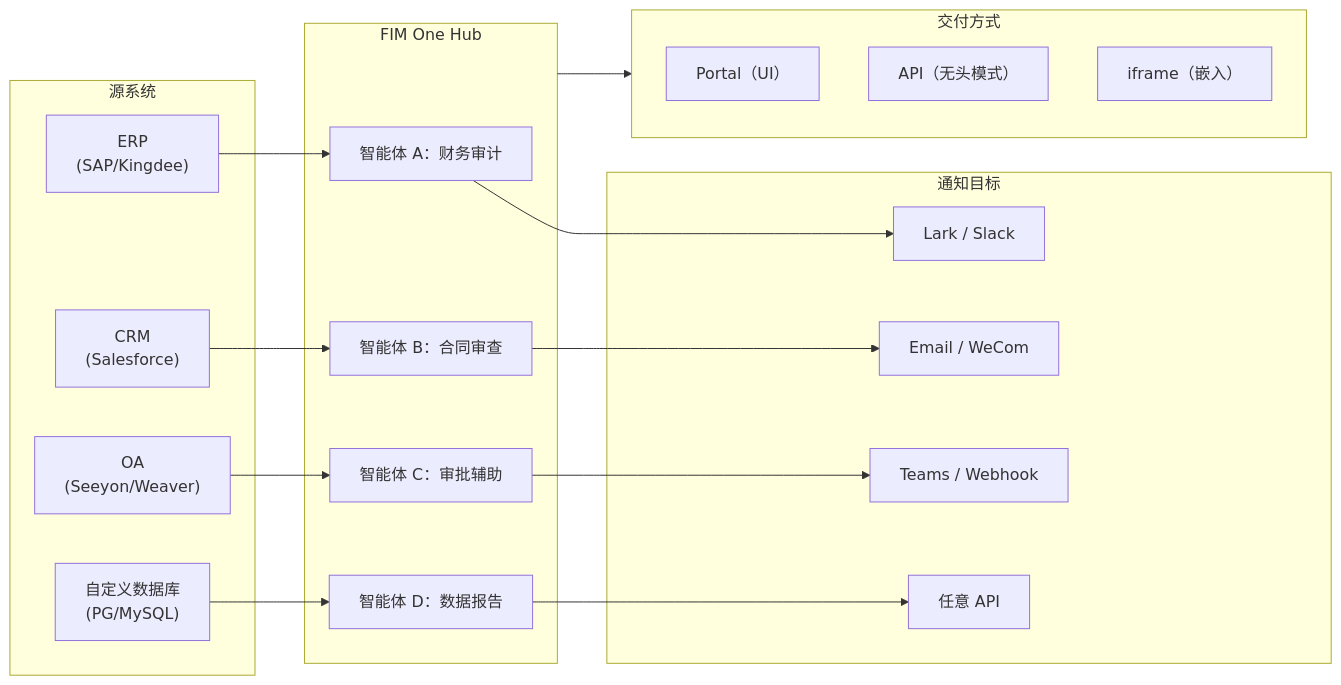
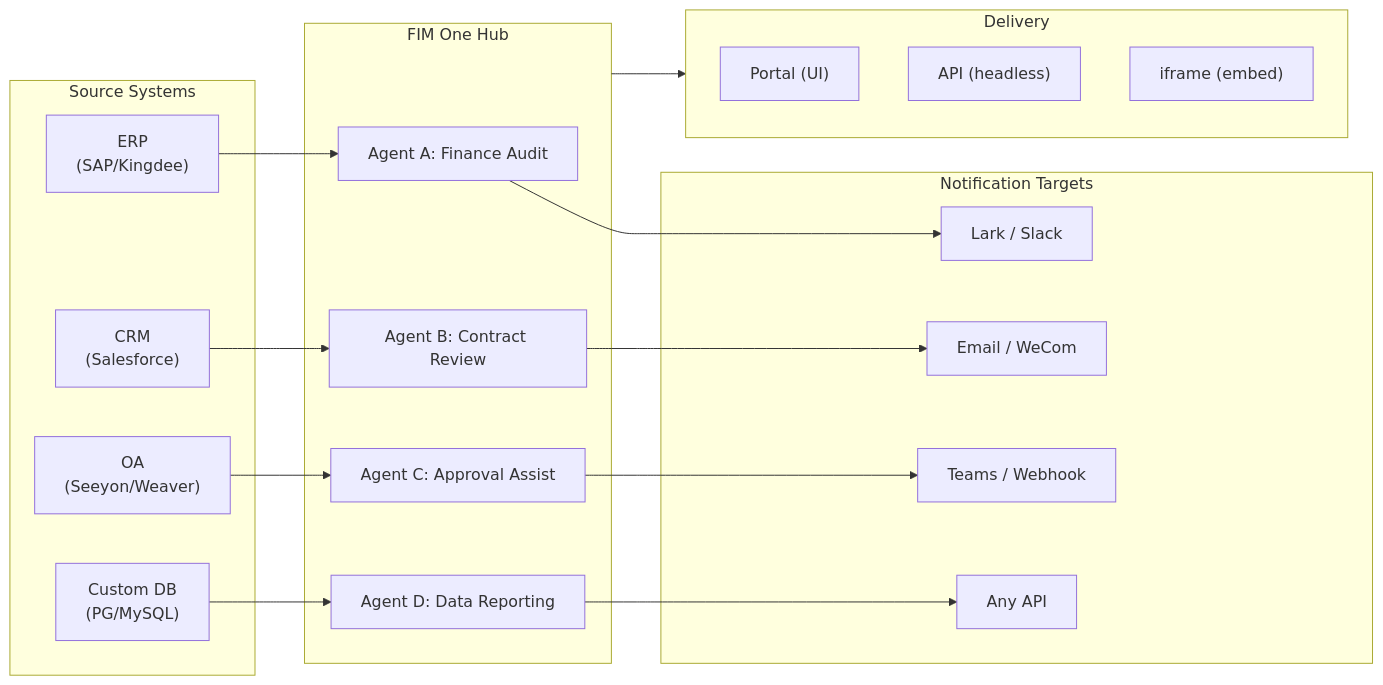
The diagram in docs/zh/roadmap.mdx (lucky20160622/fim-one), drawn with Mermaid before and after one commit. The commit also changed other lines of this file and 42 other files, not shown here.

````diff
--- a/docs/zh/roadmap.mdx
+++ b/docs/zh/roadmap.mdx
@@ -24,35 +20,35 @@
 ```mermaid
 flowchart LR
-  subgraph Sources["源系统"]
+  subgraph Sources["Source Systems"]
     ERP["ERP<br/>(SAP/Kingdee)"]
     CRM["CRM<br/>(Salesforce)"]
     OA["OA<br/>(Seeyon/Weaver)"]
-    DB["自定义数据库<br/>(PG/MySQL)"]
+    DB["Custom DB<br/>(PG/MySQL)"]
   end
 
   subgraph Hub["FIM One Hub"]
-    A["智能体 A：财务审计"]
-    B["智能体 B：合同审查"]
-    C["智能体 C：审批辅助"]
-    D["智能体 D：数据报告"]
+    A["Agent A: Finance Audit"]
+    B["Agent B: Contract Review"]
+    C["Agent C: Approval Assist"]
+    D["Agent D: Data Reporting"]
   end
 
-  subgraph Targets["通知目标"]
+  subgraph Targets["Notification Targets"]
     T1["Lark / Slack"]
     T2["Email / WeCom"]
     T3["Teams / Webhook"]
-    T4["任意 API"]
+    T4["Any API"]
   end
 
-  subgraph Delivery["交付方式"]
-    Portal["Portal（UI）"]
-    API["API（无头模式）"]
-    Embed["iframe（嵌入）"]
+  subgraph Delivery["Delivery"]
+    Portal["Portal (UI)"]
+    API["API (headless)"]
+    Embed["iframe (embed)"]
   end
 
   ERP --> A --> T1
   CRM --> B --> T2
   OA --> C --> T3
   DB --> D --> T4
   Hub --> Delivery
 ```
````
